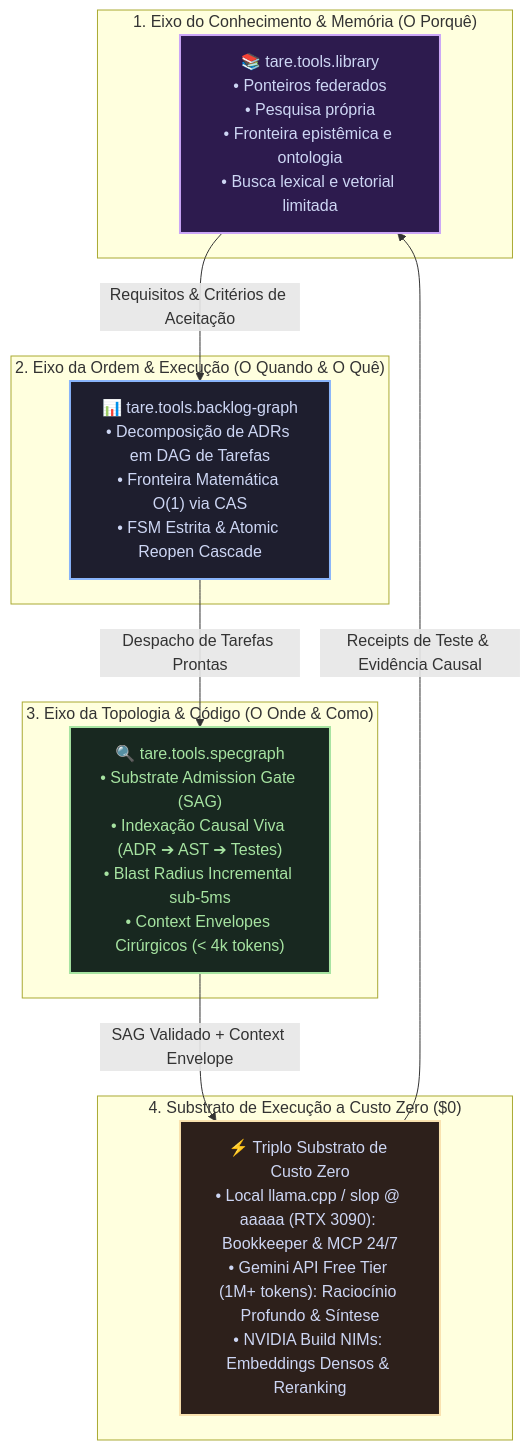
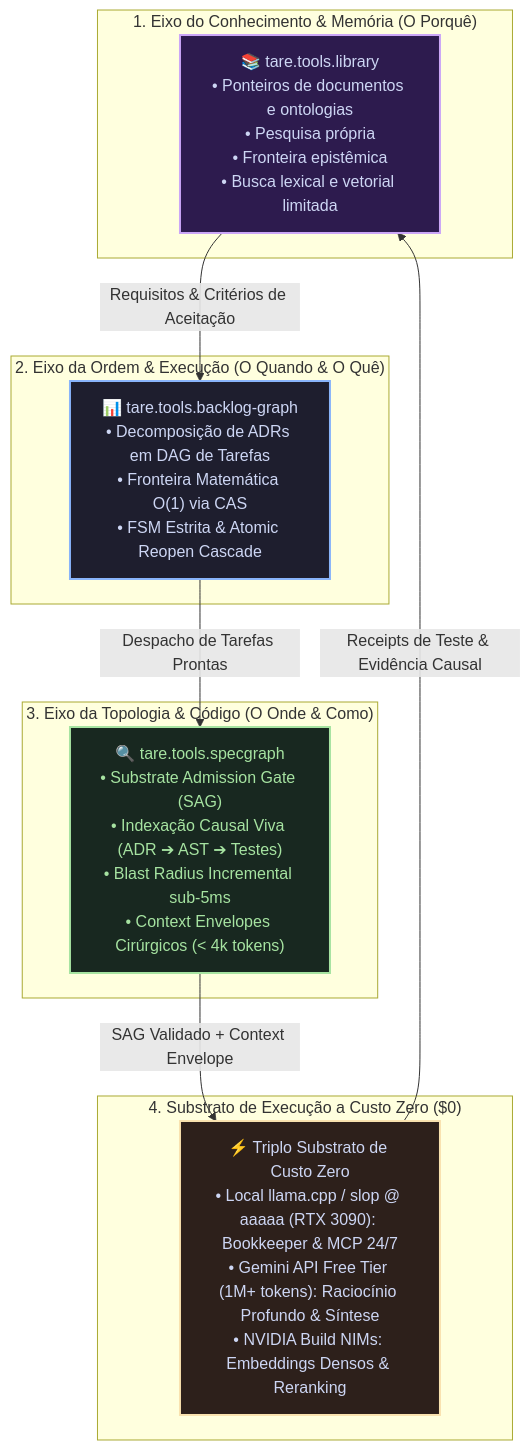
One commit to augusto-scarvalho/tare.tools.library changed the first of 2 diagrams in README.pt-BR.md. Above: the diagram before and after it, drawn with Mermaid. The commit also changed other lines of this file and 14 other files, not shown here.

````diff
--- a/README.pt-BR.md
+++ b/README.pt-BR.md
@@ -61,33 +61,33 @@
 ```mermaid
 flowchart TD
     subgraph Axis1 ["1. Eixo do Conhecimento & Memória (O Porquê)"]
-        Library["📚 tare.tools.library<br/>• Ponteiros federados<br/>• Pesquisa própria<br/>• Fronteira epistêmica e ontologia<br/>• Busca lexical e vetorial limitada"]
+        Library["📚 tare.tools.library<br/>• Ponteiros de documentos e ontologias<br/>• Pesquisa própria<br/>• Fronteira epistêmica<br/>• Busca lexical e vetorial limitada"]
     end
 
     subgraph Axis2 ["2. Eixo da Ordem & Execução (O Quando & O Quê)"]
         Backlog["📊 tare.tools.backlog-graph<br/>• Decomposição de ADRs em DAG de Tarefas<br/>• Fronteira Matemática O(1) via CAS<br/>• FSM Estrita & Atomic Reopen Cascade"]
     end
 
     subgraph Axis3 ["3. Eixo da Topologia & Código (O Onde & Como)"]
         Spec["🔍 tare.tools.specgraph<br/>• Substrate Admission Gate (SAG)<br/>• Indexação Causal Viva (ADR ➔ AST ➔ Testes)<br/>• Blast Radius Incremental sub-5ms<br/>• Context Envelopes Cirúrgicos (< 4k tokens)"]
     end
 
     subgraph Execution ["4. Substrato de Execução a Custo Zero ($0)"]
         ZeroCost["⚡ Triplo Substrato de Custo Zero<br/>• Local llama.cpp / slop @ aaaaa (RTX 3090): Bookkeeper & MCP 24/7<br/>• Gemini API Free Tier (1M+ tokens): Raciocínio Profundo & Síntese<br/>• NVIDIA Build NIMs: Embeddings Densos & Reranking"]
     end
 
     Library -->|Requisitos & Critérios de Aceitação| Backlog
     Backlog -->|Despacho de Tarefas Prontas| Spec
     Spec -->|SAG Validado + Context Envelope| ZeroCost
     ZeroCost -->|Receipts de Teste & Evidência Causal| Library
 
     classDef lStyle fill:#2d1b4e,stroke:#cba6f7,stroke-width:2px,color:#cdd6f4;
     classDef bStyle fill:#1e1e2e,stroke:#89b4fa,stroke-width:2px,color:#cdd6f4;
     classDef sStyle fill:#182820,stroke:#a6e3a1,stroke-width:2px,color:#a6e3a1;
     classDef zStyle fill:#2d201b,stroke:#f9e2af,stroke-width:2px,color:#cdd6f4;
 
     class Library lStyle;
     class Backlog bStyle;
     class Spec sStyle;
     class ZeroCost zStyle;
 ```
````
